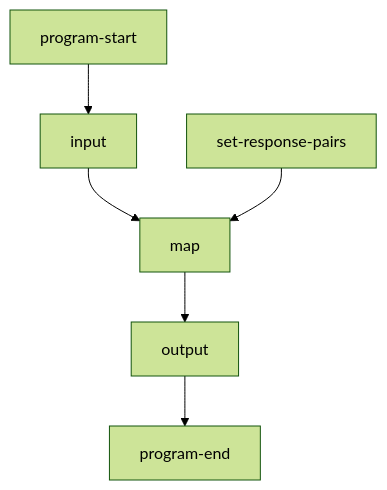
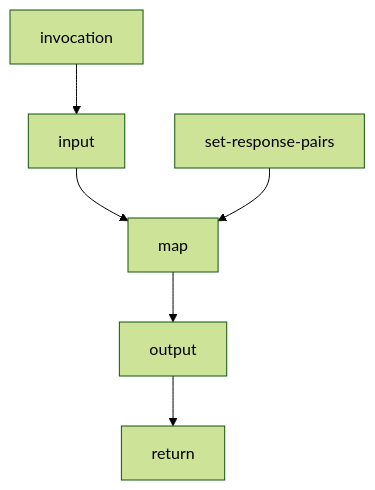
One commit to OdedYanovich/Tinkering changed the diagram in obsidian docs/redesign - The game's requirements/input-sequence/value-response/standard.md. Above: the diagram before and after it, drawn with Mermaid (forest theme). The commit also changed 4 other files, not shown here.

````diff
--- a/obsidian docs/redesign - The game's requirements/input-sequence/value-response/standard.md
+++ b/obsidian docs/redesign - The game's requirements/input-sequence/value-response/standard.md
@@ -3,5 +3,5 @@
 ```mermaid
 flowchart TD
-program-start --> input --> map --> output --> program-end 
+invocation --> input --> map --> output --> return
 set-response-pairs --> map
 ```
````
